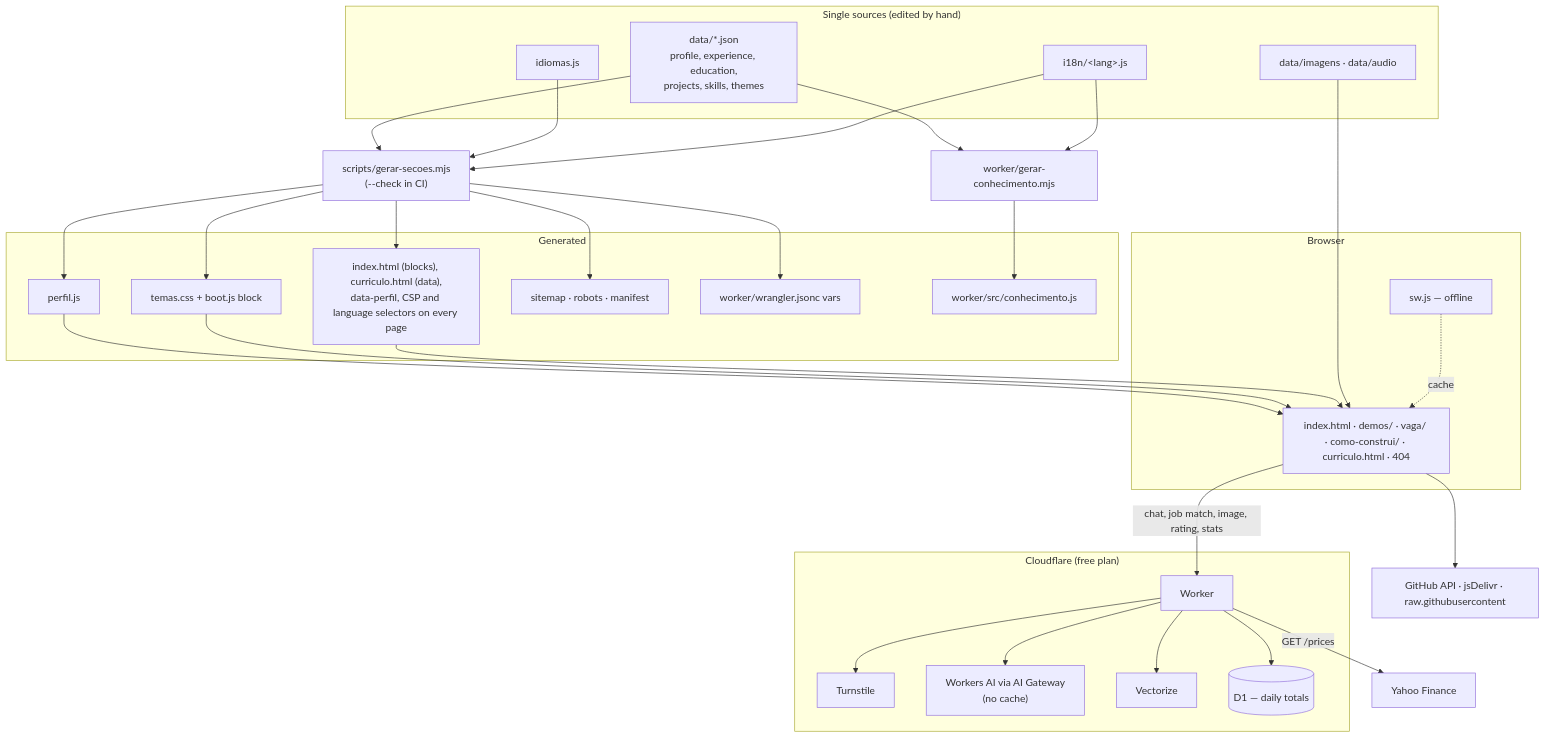
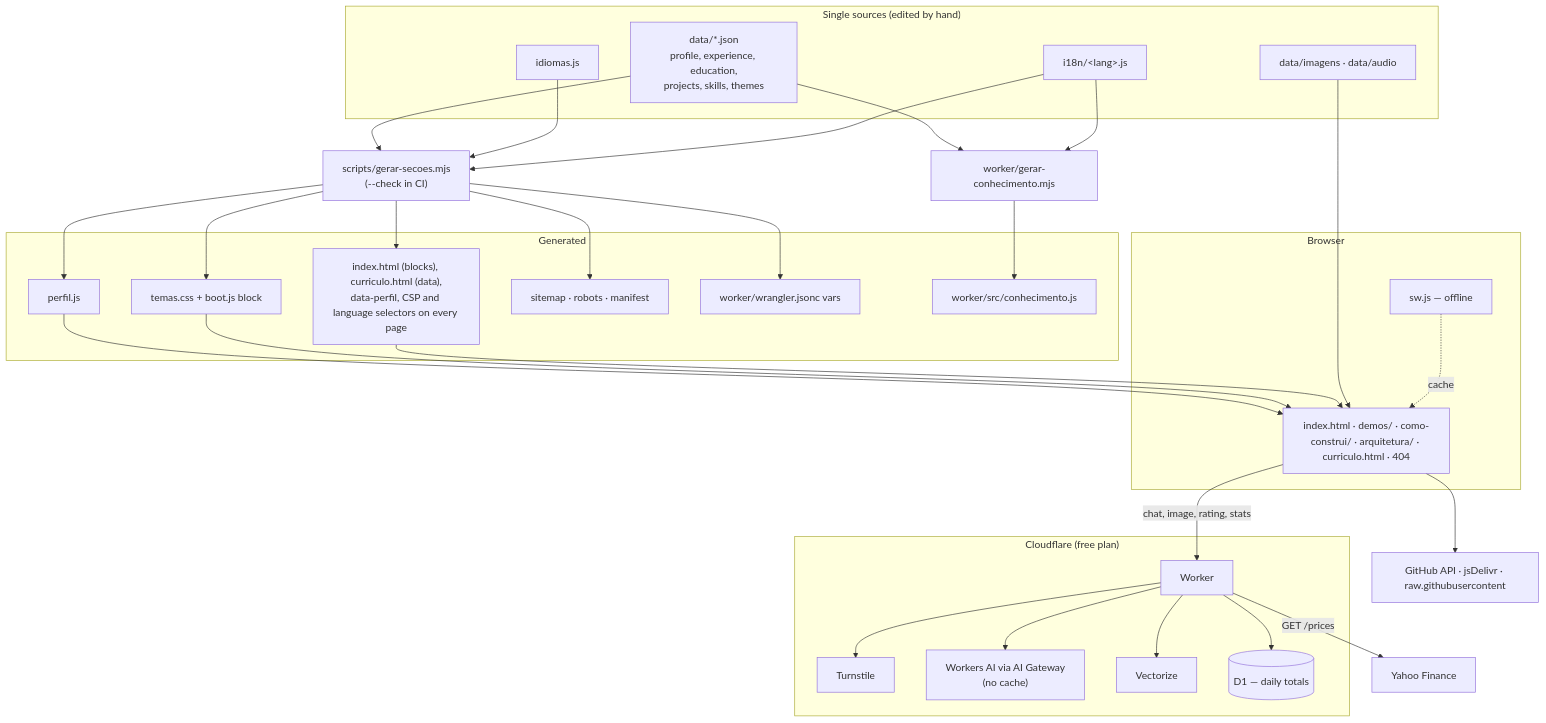
The diagram in docs/sdd/en/plan.md (emanueleborges/emanueleborges.github.io), drawn with Mermaid before and after one commit. The commit also changed other lines of this file and 40 other files, not shown here.

````diff
--- a/docs/sdd/en/plan.md
+++ b/docs/sdd/en/plan.md
@@ -11,49 +11,49 @@
 ```mermaid
 flowchart TB
   subgraph Sources["Single sources (edited by hand)"]
     DATA["data/*.json<br/>profile, experience, education,<br/>projects, skills, themes"]
     MEDIA["data/imagens · data/audio"]
     LANGS[idiomas.js]
     I18N["i18n/&lt;lang&gt;.js"]
   end
   GEN["scripts/gerar-secoes.mjs<br/>(--check in CI)"]
   KNOW["worker/gerar-conhecimento.mjs"]
   subgraph Generated["Generated"]
     PERFIL[perfil.js]
     TEMAS[temas.css + boot.js block]
     HTML["index.html (blocks), curriculo.html (data),<br/>data-perfil, CSP and language selectors on every page"]
     SEO[sitemap · robots · manifest]
     WCFG[worker/wrangler.jsonc vars]
     CONH[worker/src/conhecimento.js]
   end
   subgraph Browser
-    PAGES["index.html · demos/ · vaga/ · como-construi/ · curriculo.html · 404"]
+    PAGES["index.html · demos/ · como-construi/ · arquitetura/ · curriculo.html · 404"]
     SW[sw.js — offline]
   end
   subgraph CF["Cloudflare (free plan)"]
     WORKER[Worker]
     TURN[Turnstile]
     WAI["Workers AI via AI Gateway<br/>(no cache)"]
     VEC[Vectorize]
     DB[(D1 — daily totals)]
   end
   GH[GitHub API · jsDelivr · raw.githubusercontent]
   YF[Yahoo Finance]
 
   DATA --> GEN
   LANGS --> GEN
   I18N --> GEN
   GEN --> PERFIL & TEMAS & HTML & SEO & WCFG
   DATA --> KNOW
   I18N --> KNOW
   KNOW --> CONH
   PERFIL & TEMAS & HTML & MEDIA --> PAGES
-  PAGES -->|chat, job match, image, rating, stats| WORKER
+  PAGES -->|chat, image, rating, stats| WORKER
   PAGES --> GH
   WORKER --> TURN
   WORKER --> WAI
   WORKER --> VEC
   WORKER --> DB
   WORKER -->|GET /prices| YF
   SW -. cache .-> PAGES
 ```
````
